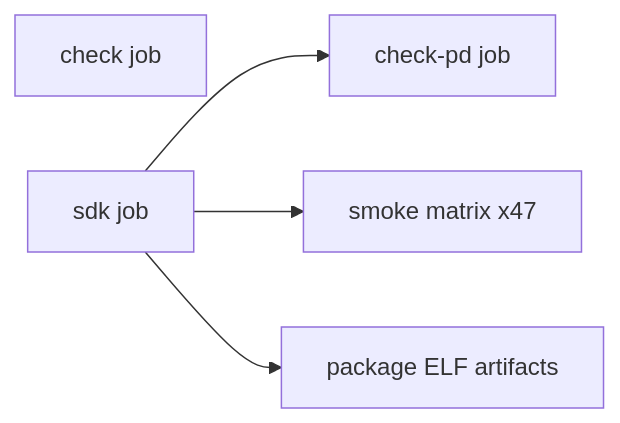
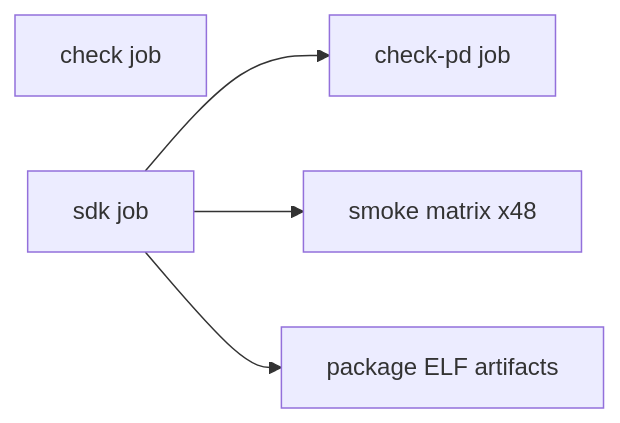
Before and after one commit to julerex/lerux: the diagram in docs/ci.md, drawn with Mermaid. The commit also changed other lines of this file and 35 other files, not shown here.

````diff
--- a/docs/ci.md
+++ b/docs/ci.md
@@ -13,11 +13,11 @@
 ```mermaid
 flowchart LR
   check[check job]
   sdk[sdk job]
   checkPd[check-pd job]
-  smoke[smoke matrix x47]
+  smoke[smoke matrix x48]
   package[package ELF artifacts]
   sdk --> checkPd
   sdk --> smoke
   sdk --> package
 ```
````
